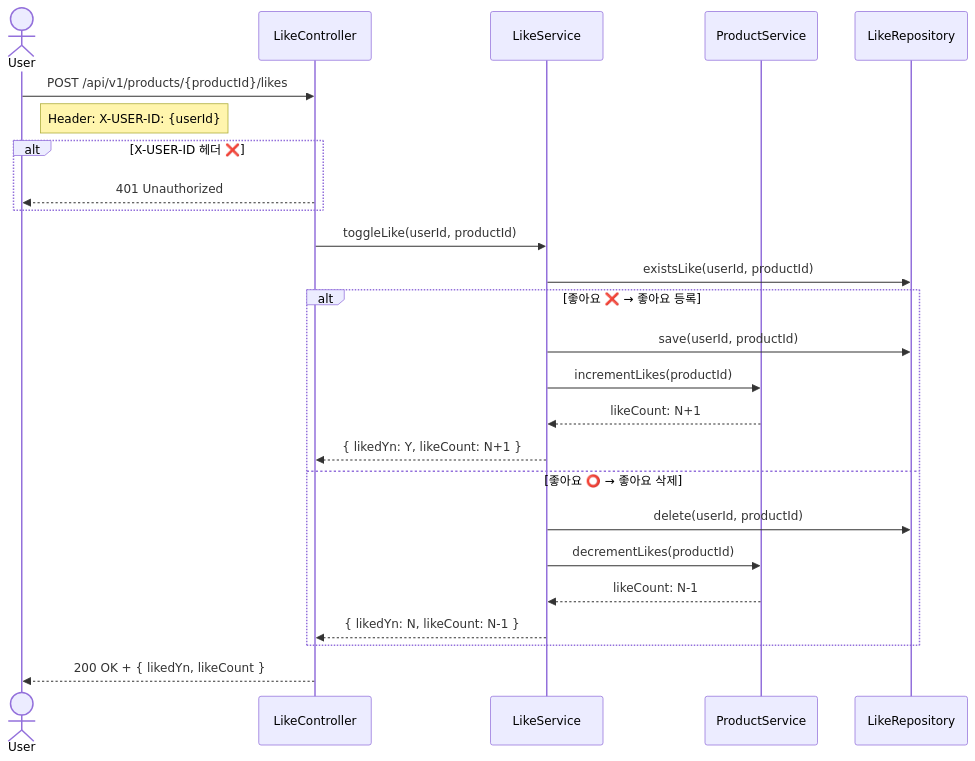
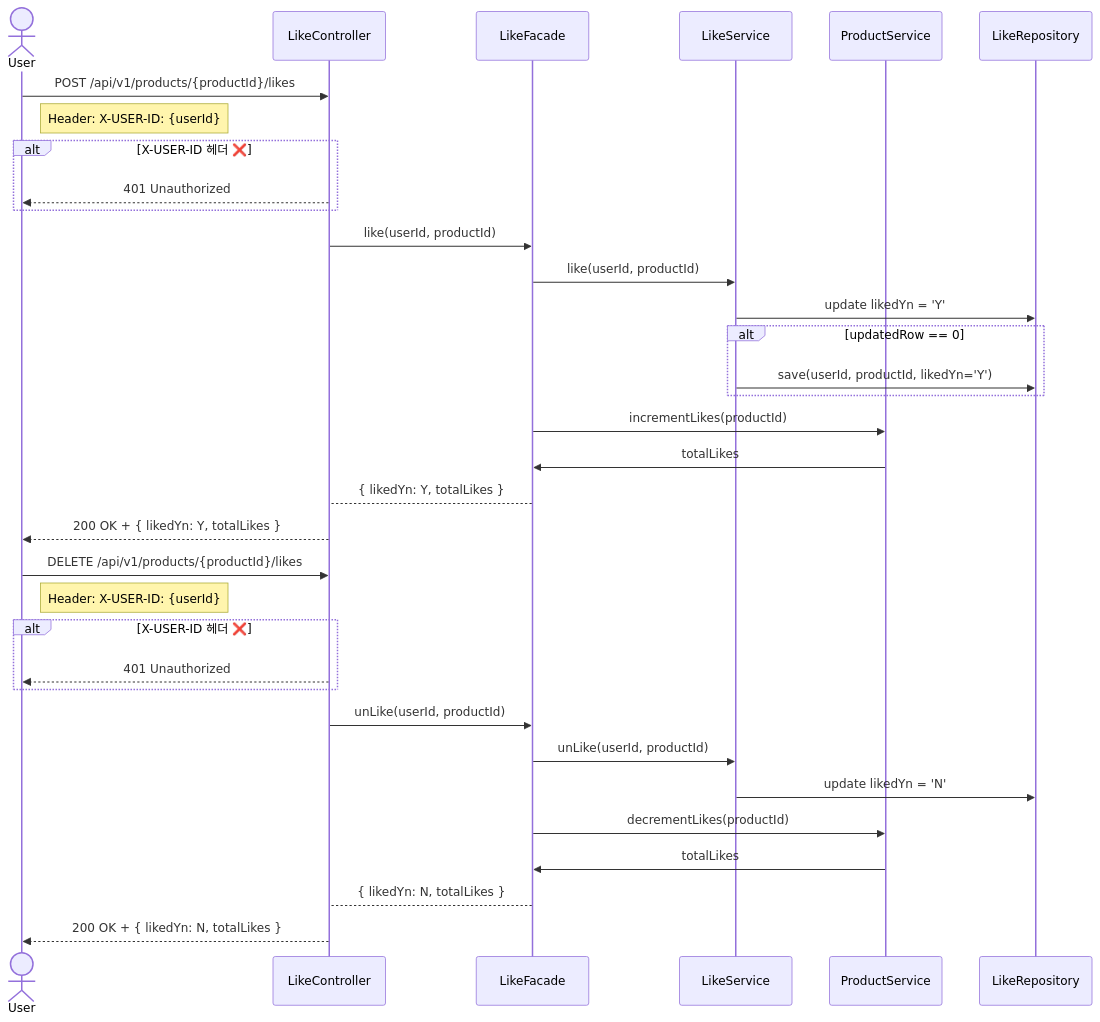
One commit to yuneong/loopers changed the first of 5 diagrams in docs/design/02-sequence-diagrams.md. Above: the diagram before and after it, drawn with Mermaid. The commit also changed other lines of this file and 1 other file, not shown here.

Commit message:
docs: 좋아요(likes) 요구사항 정의서, 시퀀스 다이어그램 수정

````diff
--- a/docs/design/02-sequence-diagrams.md
+++ b/docs/design/02-sequence-diagrams.md
@@ -10,31 +10,42 @@
 ```mermaid
 sequenceDiagram
     actor User
     participant LikeController
+    participant LikeFacade
     participant LikeService
     participant ProductService
     participant LikeRepository
 
+    %% 좋아요 생성
     User->>LikeController: POST /api/v1/products/{productId}/likes
     note right of User: Header: X-USER-ID: {userId}
     alt X-USER-ID 헤더 ❌
         LikeController-->>User: 401 Unauthorized
     end
 
-    LikeController->>LikeService: toggleLike(userId, productId)
-    
-    LikeService->>LikeRepository: existsLike(userId, productId)
-    alt 좋아요 ❌ → 좋아요 등록
-        LikeService->>LikeRepository: save(userId, productId)
-        LikeService->>ProductService: incrementLikes(productId)
-        ProductService-->>LikeService: likeCount: N+1
-        LikeService-->>LikeController: { likedYn: Y, likeCount: N+1 }
-    else 좋아요 ⭕️ → 좋아요 삭제
-        LikeService->>LikeRepository: delete(userId, productId)
-        LikeService->>ProductService: decrementLikes(productId)
-        ProductService-->>LikeService: likeCount: N-1
-        LikeService-->>LikeController: { likedYn: N, likeCount: N-1 }
+    LikeController->>LikeFacade: like(userId, productId)
+    LikeFacade->>LikeService: like(userId, productId)
+    LikeService->>LikeRepository: update likedYn = 'Y' 
+    alt updatedRow == 0
+        LikeService->>LikeRepository: save(userId, productId, likedYn='Y')
+    end
+    LikeFacade->>ProductService: incrementLikes(productId)
+    ProductService->>LikeFacade: totalLikes
+    LikeFacade-->LikeController: { likedYn: Y, totalLikes }
+    LikeController-->>User: 200 OK + { likedYn: Y, totalLikes }
+
+    %% 좋아요 삭제
+    User->>LikeController: DELETE /api/v1/products/{productId}/likes
+    note right of User: Header: X-USER-ID: {userId}
+    alt X-USER-ID 헤더 ❌
+        LikeController-->>User: 401 Unauthorized
     end
 
-    LikeController-->>User: 200 OK + { likedYn, likeCount }
+    LikeController->>LikeFacade: unLike(userId, productId)
+    LikeFacade->>LikeService: unLike(userId, productId)
+    LikeService->>LikeRepository: update likedYn = 'N' 
+    LikeFacade->>ProductService: decrementLikes(productId)
+    ProductService->>LikeFacade: totalLikes
+    LikeFacade-->LikeController: { likedYn: N, totalLikes }
+    LikeController-->>User: 200 OK + { likedYn: N, totalLikes }
 ```
````
